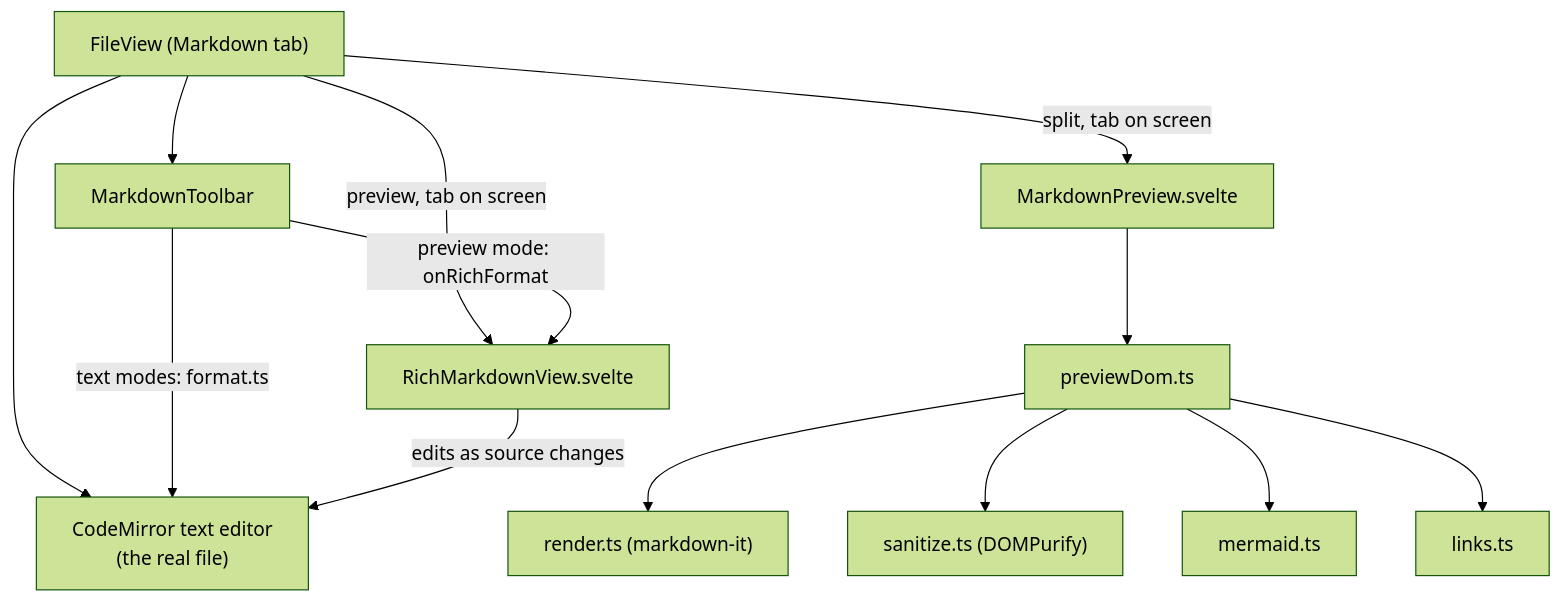
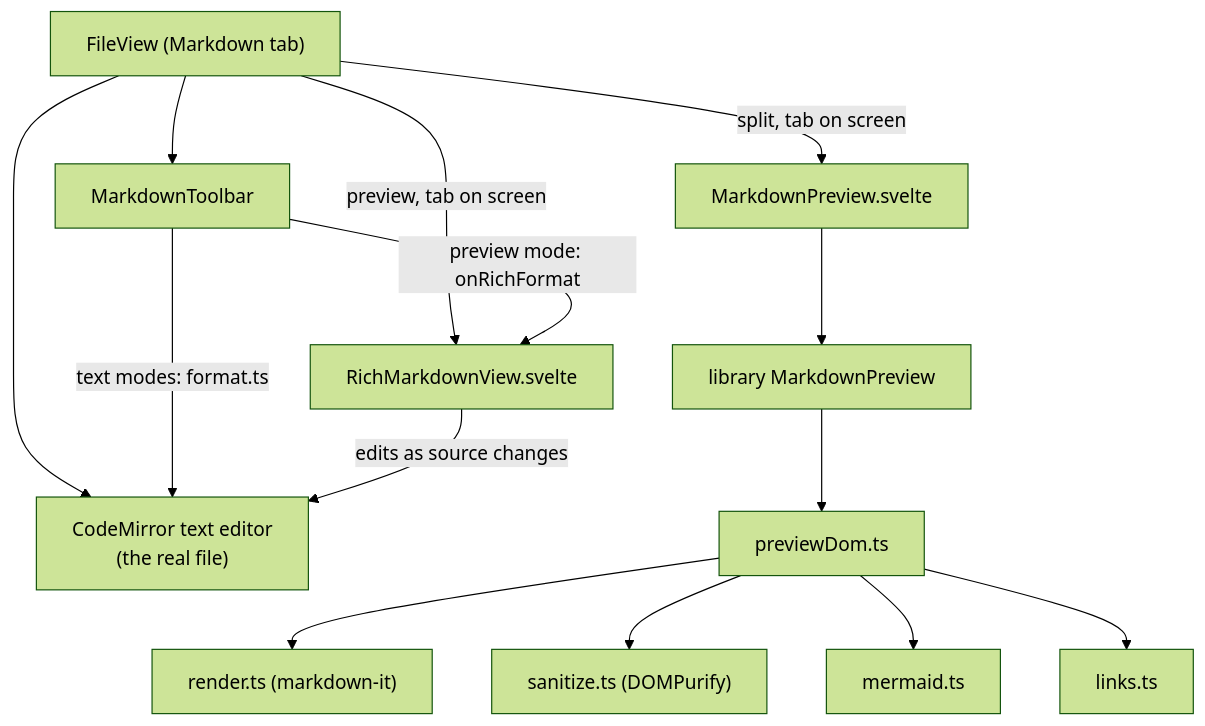
The first of 2 diagrams in docs/wiki/developer/How-the-Markdown-Editor-Works.md (shibbirweb/git-manager), drawn with Mermaid (forest theme) before and after one commit. The commit also changed other lines of this file and 121 other files, not shown here.

Commit message:
feat:[GM-122] Markdown preview and rich editor move into the UI library as MarkdownPreview and MarkdownEditor, with the engine

````diff
--- a/docs/wiki/developer/How-the-Markdown-Editor-Works.md
+++ b/docs/wiki/developer/How-the-Markdown-Editor-Works.md
@@ -13,15 +13,16 @@
 ```mermaid
 flowchart TD
   FV["FileView (Markdown tab)"] --> TB["MarkdownToolbar"]
   FV --> CM["CodeMirror text editor<br/>(the real file)"]
   FV -->|"split, tab on screen"| MP["MarkdownPreview.svelte"]
+  MP --> LP["library MarkdownPreview"]
   FV -->|"preview, tab on screen"| RV["RichMarkdownView.svelte"]
   TB -->|"text modes: format.ts"| CM
   TB -->|"preview mode: onRichFormat"| RV
-  MP --> DOM["previewDom.ts"]
+  LP --> DOM["previewDom.ts"]
   DOM --> R["render.ts (markdown-it)"]
   DOM --> S["sanitize.ts (DOMPurify)"]
   DOM --> M["mermaid.ts"]
   DOM --> L["links.ts"]
   RV -->|"edits as source changes"| CM
 ```
````
